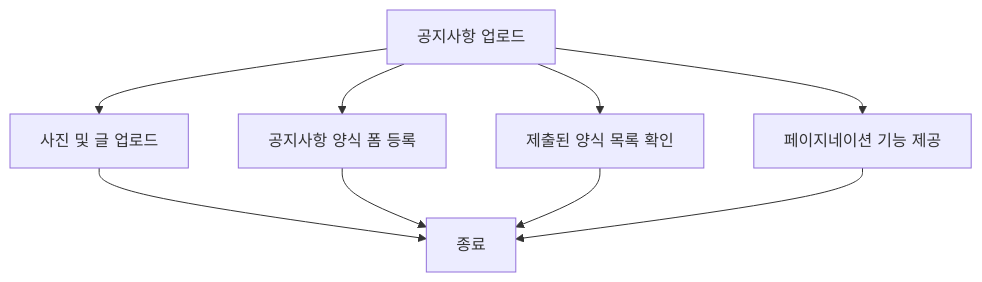
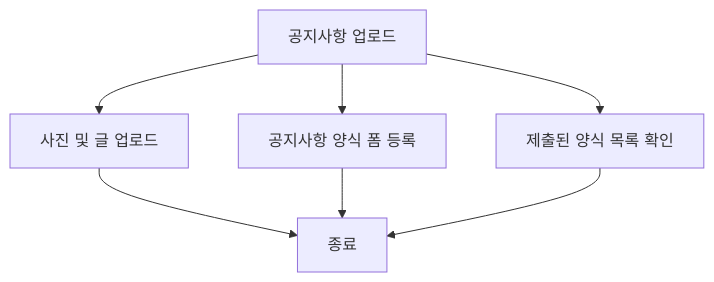
One commit to Dev-FE-1/Toy_Project_Team-4 changed diagram 13 of 17 in design/기능 정의서.md. Above: the diagram before and after it, drawn with Mermaid. The commit also changed other lines of this file, not shown here.

````diff
--- a/design/기능 정의서.md
+++ b/design/기능 정의서.md
@@ -359,11 +352,9 @@
 ```mermaid
 flowchart TD
     A[공지사항 업로드] --> B[사진 및 글 업로드]
     A --> C[공지사항 양식 폼 등록]
     A --> D[제출된 양식 목록 확인]
-    A --> E[페이지네이션 기능 제공]
     B --> Z[종료]
     C --> Z[종료]
     D --> Z[종료]
-    E --> Z[종료]
 ```
````
